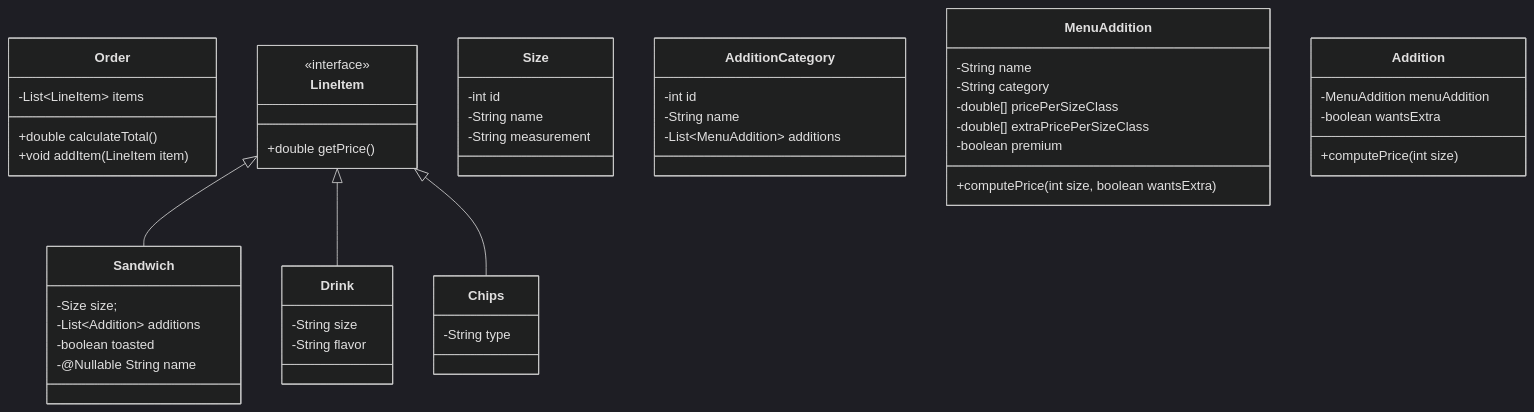
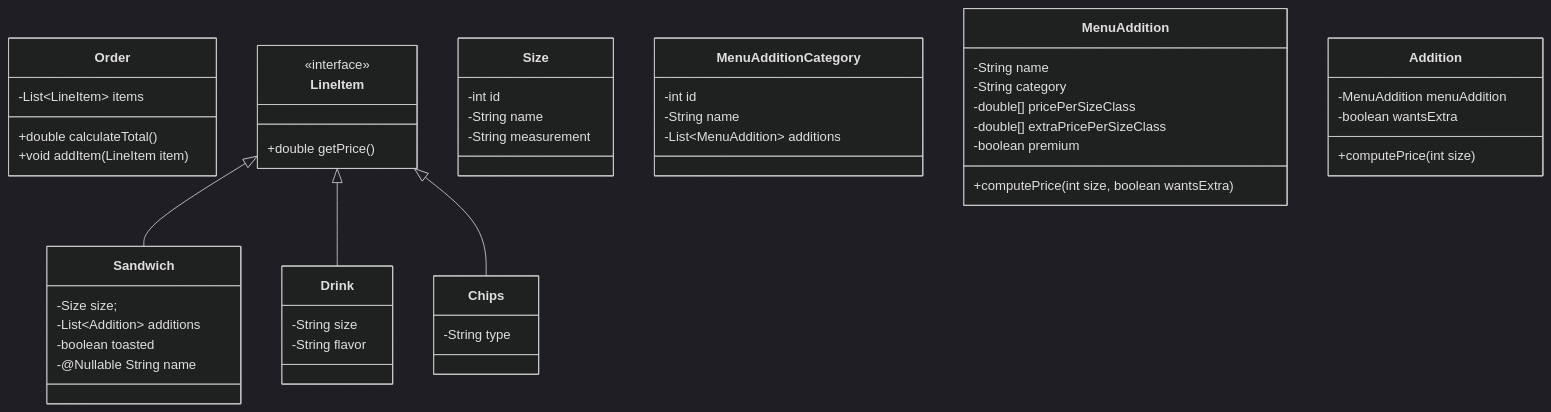
Before and after one commit to yuujn/nuclear-subs: the first of 4 diagrams in diagrams/class_diagrams.md, drawn with Mermaid (dark theme). The commit also changed 2 other files, not shown here.

Commit message:
rename AdditionCategory to MenuAdditionCategory
this is to make room for us to have an AdditionCategory which holds specific choices in a sandwich order

````diff
--- a/diagrams/class_diagrams.md
+++ b/diagrams/class_diagrams.md
@@ -3,54 +3,54 @@
 ```mermaid
 classDiagram
     class Order {
         -List&lt;LineItem&gt; items
         +double calculateTotal()
         +void addItem(LineItem item)
     }
     class LineItem {
         <<interface>>
         +double getPrice()
     }
 
     class Size {
         -int id
         -String name
         -String measurement
     }
 
     LineItem <|-- Sandwich
     class Sandwich {
         -Size size;
         -List&lt;Addition&gt; additions
         -boolean toasted
         -@Nullable String name
     }
-    class AdditionCategory {
+    class MenuAdditionCategory {
         -int id
         -String name
         -List&lt;MenuAddition&gt; additions
     }
     class MenuAddition {
         -String name
         -String category
         -double[] pricePerSizeClass
         -double[] extraPricePerSizeClass
         -boolean premium
         +computePrice(int size, boolean wantsExtra)
     }
     class Addition {
         -MenuAddition menuAddition
         -boolean wantsExtra
         +computePrice(int size)
     }
     
     LineItem <|-- Drink
     class Drink {
         -String size
         -String flavor
     }
     LineItem <|-- Chips
     class Chips {
         -String type
     }
 ```
````
